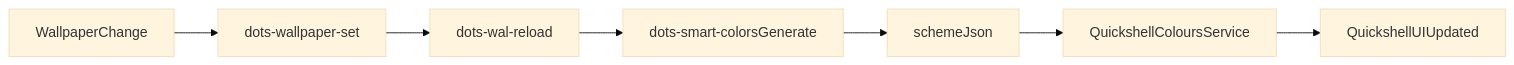
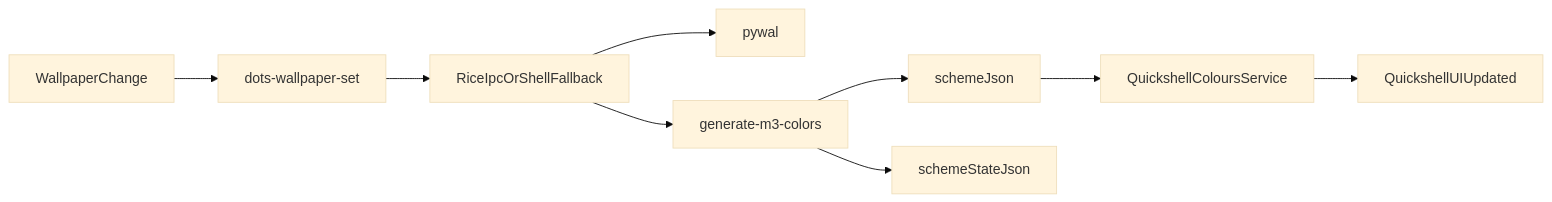
The diagram in docs/wiki/Smart-Colors-System.md (ulises-jeremias/dotfiles), drawn with Mermaid (base theme) before and after one commit. The commit also changed other lines of this file and 44 other files, not shown here.

First line of the commit message:
fix(appearance): unify Quickshell rice/wallpaper/scheme state

````diff
--- a/docs/wiki/Smart-Colors-System.md
+++ b/docs/wiki/Smart-Colors-System.md
@@ -56,9 +59,11 @@
 ```mermaid
 flowchart LR
   wallpaper[WallpaperChange] --> set[dots-wallpaper-set]
-  set --> wal[dots-wal-reload]
-  wal --> smart[dots-smart-colorsGenerate]
-  smart --> scheme[schemeJson]
+  set --> rice[RiceIpcOrShellFallback]
+  rice --> wal[pywal]
+  rice --> m3[generate-m3-colors]
+  m3 --> scheme[schemeJson]
+  m3 --> state[schemeStateJson]
   scheme --> colours[QuickshellColoursService]
   colours --> ui[QuickshellUIUpdated]
 ```
````
